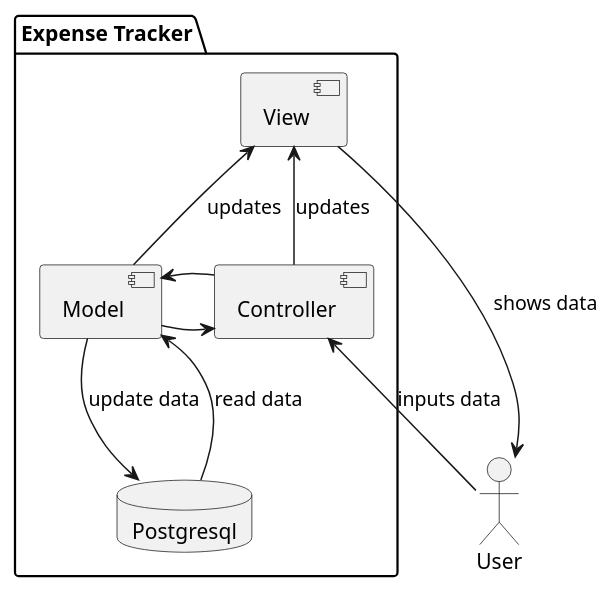
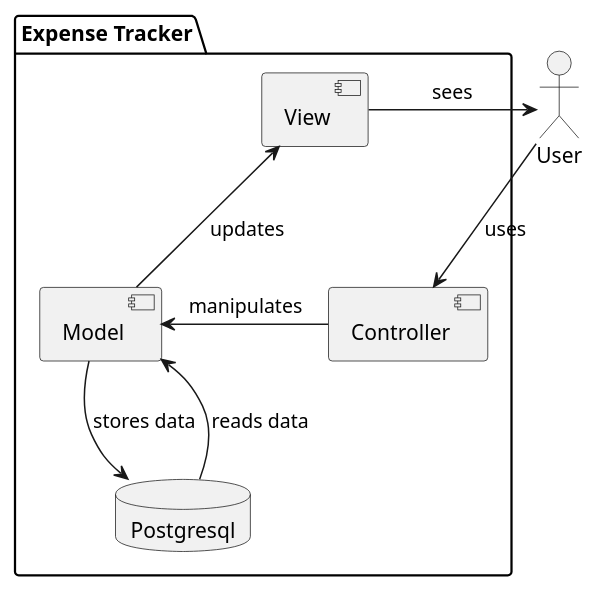
The diagram in UML/Architecture/Architecture.puml (Bert0ns/ExpenseTracker), drawn with PlantUML before and after one commit. The commit also changed 1 other file, not shown here.

Commit message:
docs: updated architecture uml

```diff
--- a/UML/Architecture/Architecture.puml
+++ b/UML/Architecture/Architecture.puml
@@ -1,23 +1,21 @@
 @startuml
 actor User
 
 package "Expense Tracker" {
   [View] as view
   [Model] as model
   [Controller] as controller
   database "Postgresql" as db
 }
 
-model -> db : update data
-db --> model : read data
-model -> controller
+model -> db : stores data
+db --> model : reads data
 
-view --> User : shows data
+view -> User : sees
 view <-- model : updates
-view <-- controller : updates
 
-controller <-- User : inputs data
-controller -> model
+controller -> model : manipulates
 
+User --> controller : uses
 
 @enduml
```
